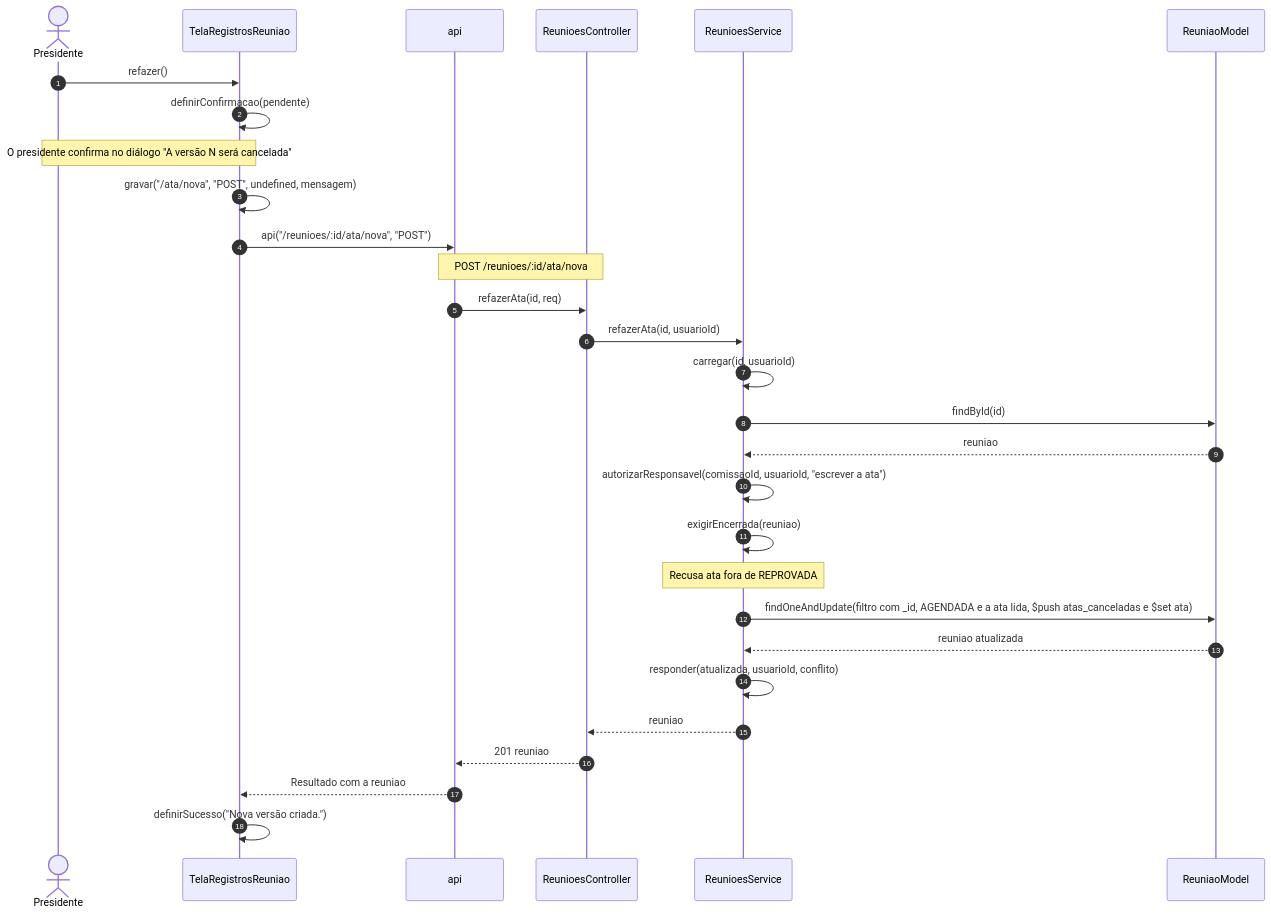
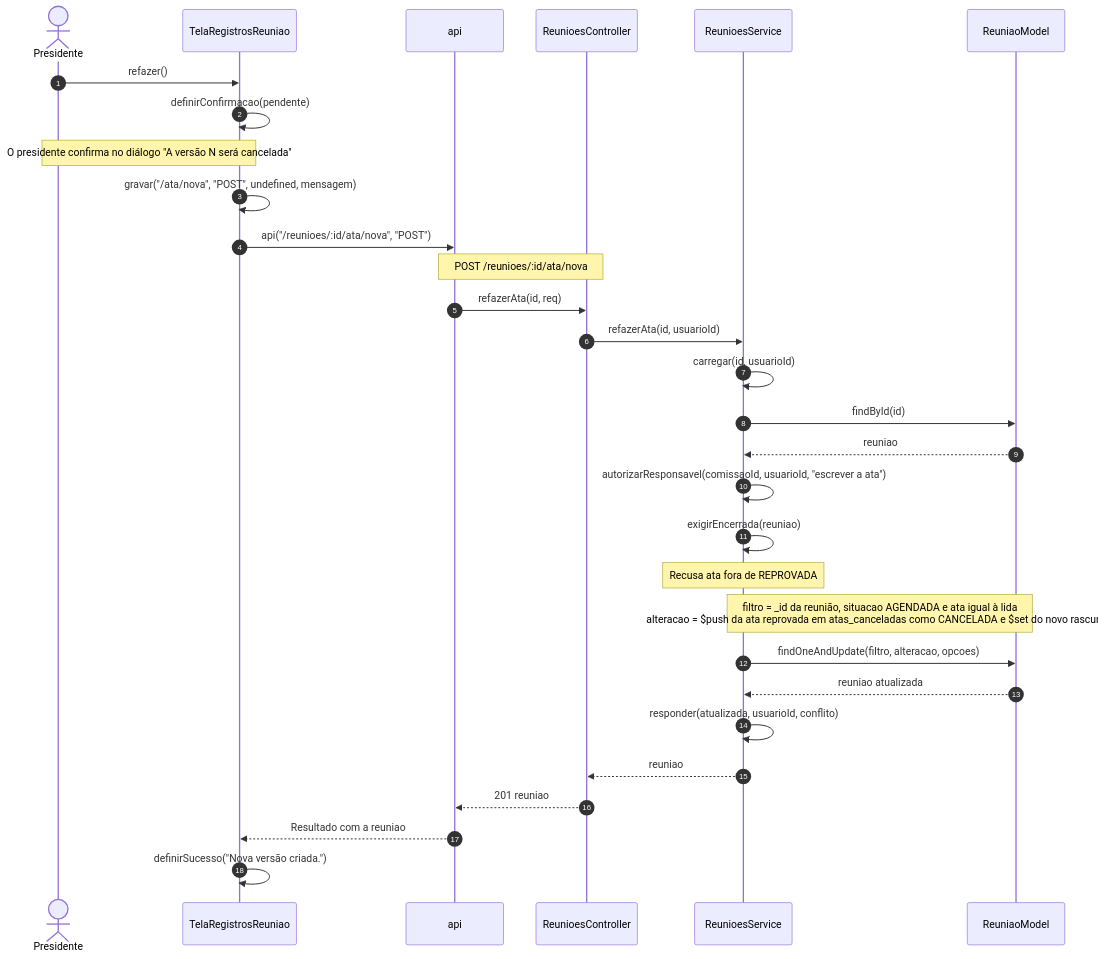
Before and after one commit to Conecta-IFSP/DOCUMENTATION: the sixth of 9 diagrams in 4 - Incremento3/atas/6 - diagramas-sequencia-atas.md, drawn with Mermaid. The commit also changed other lines of this file, not shown here.

Commit message:
Troca argumentos em prosa por chamadas reais nas sequências das atas

````diff
--- a/4 - Incremento3/atas/6 - diagramas-sequencia-atas.md
+++ b/4 - Incremento3/atas/6 - diagramas-sequencia-atas.md
@@ -218,31 +226,32 @@
 ```mermaid
 sequenceDiagram
     autonumber
     actor U as Presidente
     participant T as TelaRegistrosReuniao
     participant A as api
     participant C as ReunioesController
     participant S as ReunioesService
     participant M as ReuniaoModel
     U->>T: refazer()
     T->>T: definirConfirmacao(pendente)
     Note over U,T: O presidente confirma no diálogo "A versão N será cancelada"
     T->>T: gravar("/ata/nova", "POST", undefined, mensagem)
     T->>A: api("/reunioes/:id/ata/nova", "POST")
     Note over A,C: POST /reunioes/:id/ata/nova
     A->>C: refazerAta(id, req)
     C->>S: refazerAta(id, usuarioId)
     S->>S: carregar(id, usuarioId)
     S->>M: findById(id)
     M-->>S: reuniao
     S->>S: autorizarResponsavel(comissaoId, usuarioId, "escrever a ata")
     S->>S: exigirEncerrada(reuniao)
     Note over S: Recusa ata fora de REPROVADA
-    S->>M: findOneAndUpdate(filtro com _id, AGENDADA e a ata lida, $push atas_canceladas e $set ata)
+    Note over S,M: filtro = _id da reunião, situacao AGENDADA e ata igual à lida<br/>alteracao = $push da ata reprovada em atas_canceladas como CANCELADA e $set do novo rascunho
+    S->>M: findOneAndUpdate(filtro, alteracao, opcoes)
     M-->>S: reuniao atualizada
     S->>S: responder(atualizada, usuarioId, conflito)
     S-->>C: reuniao
     C-->>A: 201 reuniao
     A-->>T: Resultado com a reuniao
     T->>T: definirSucesso("Nova versão criada.")
 ```
````
